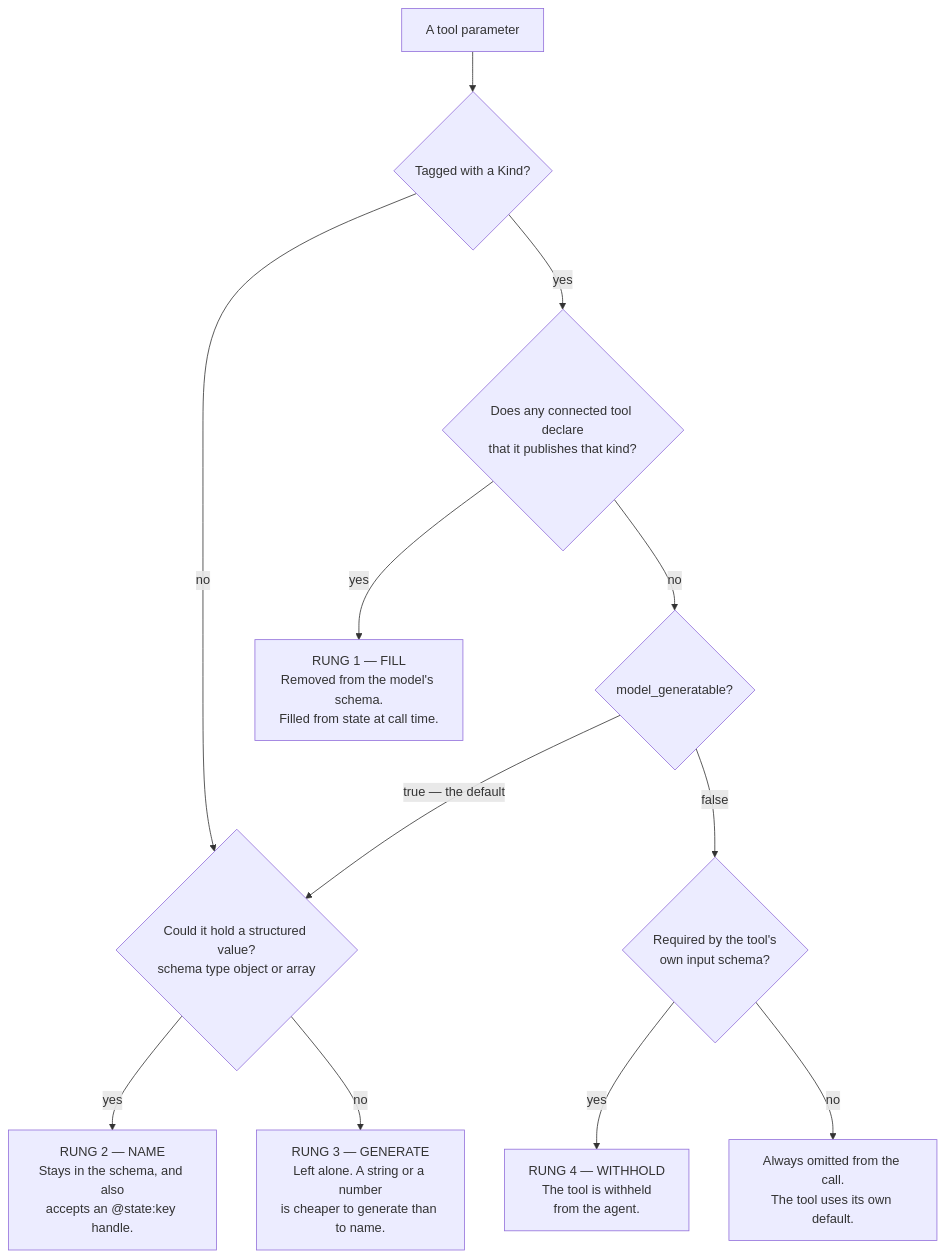
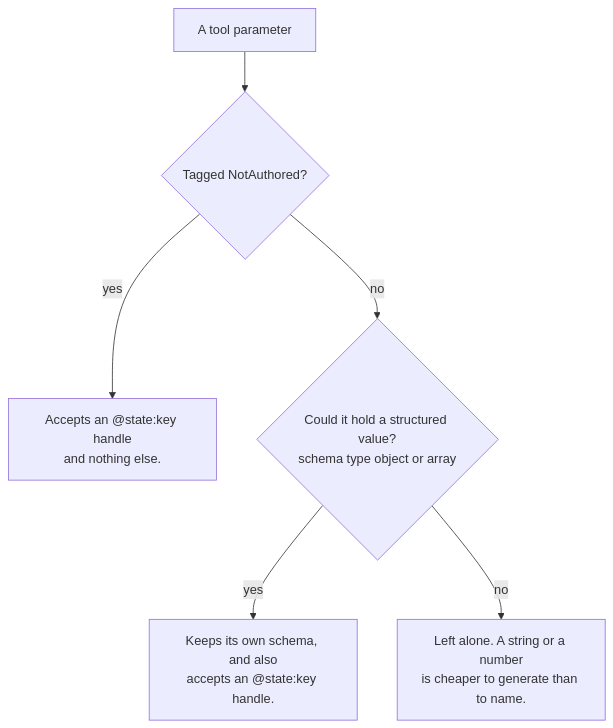
One commit to developmentseed/mcp-toolsets-runtime changed the first of 2 diagrams in docs/SESSION-STATE.md. Above: the diagram before and after it, drawn with Mermaid. The commit also changed other lines of this file and 55 other files, not shown here.

````diff
--- a/docs/SESSION-STATE.md
+++ b/docs/SESSION-STATE.md
@@ -185,19 +84,10 @@
 ```mermaid
 flowchart TD
-    P["A tool parameter"] --> D{"Tagged with a Kind?"}
+    P["A tool parameter"] --> N{"Tagged NotAuthored?"}
 
-    D -->|no| B{"Could it hold a structured value?<br/>schema type object or array"}
-    D -->|yes| K{"Does any connected tool declare<br/>that it publishes that kind?"}
+    N -->|yes| ONLY["Accepts an @state:key handle<br/>and nothing else."]
+    N -->|no| B{"Could it hold a structured value?<br/>schema type object or array"}
 
-    K -->|yes| HIDE["RUNG 1 — FILL<br/>Removed from the model's schema.<br/>Filled from state at call time."]
-    K -->|no| G{"model_generatable?"}
-
-    G -->|"true — the default"| B
-    G -->|false| R{"Required by the tool's<br/>own input schema?"}
-
-    R -->|yes| W["RUNG 4 — WITHHOLD<br/>The tool is withheld<br/>from the agent."]
-    R -->|no| OMIT["Always omitted from the call.<br/>The tool uses its own default."]
-
-    B -->|yes| HANDLE["RUNG 2 — NAME<br/>Stays in the schema, and also<br/>accepts an @state:key handle."]
-    B -->|no| LEAVE["RUNG 3 — GENERATE<br/>Left alone. A string or a number<br/>is cheaper to generate than to name."]
+    B -->|yes| HANDLE["Keeps its own schema, and also<br/>accepts an @state:key handle."]
+    B -->|no| LEAVE["Left alone. A string or a number<br/>is cheaper to generate than to name."]
 ```
````
